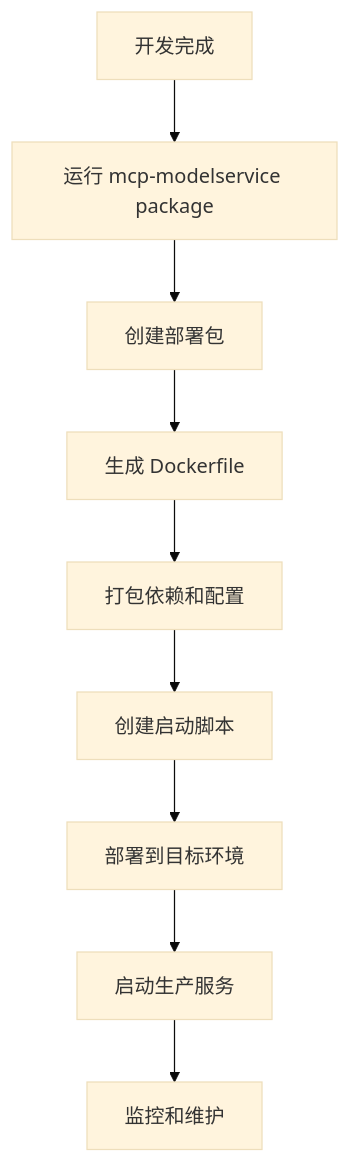
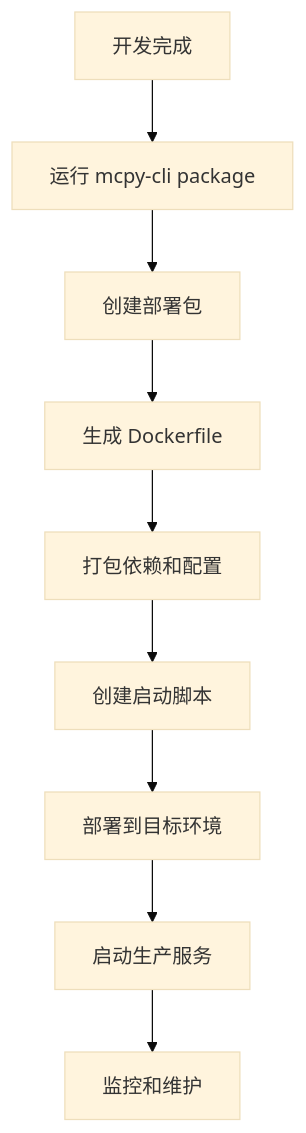
Before and after one commit to liuhaotian9420/mcp: the second of 3 diagrams in docs/architecture.md, drawn with Mermaid (base theme). The commit also changed other lines of this file and 18 other files, not shown here.

````diff
--- a/docs/architecture.md
+++ b/docs/architecture.md
@@ -158,11 +158,11 @@
 ```mermaid
 graph TD
-    A[开发完成] --> B[运行 mcp-modelservice package]
+    A[开发完成] --> B[运行 mcpy-cli package]
     B --> C[创建部署包]
     C --> D[生成 Dockerfile]
     D --> E[打包依赖和配置]
     E --> F[创建启动脚本]
     F --> G[部署到目标环境]
     G --> H[启动生产服务]
     H --> I[监控和维护]
 ```
````
